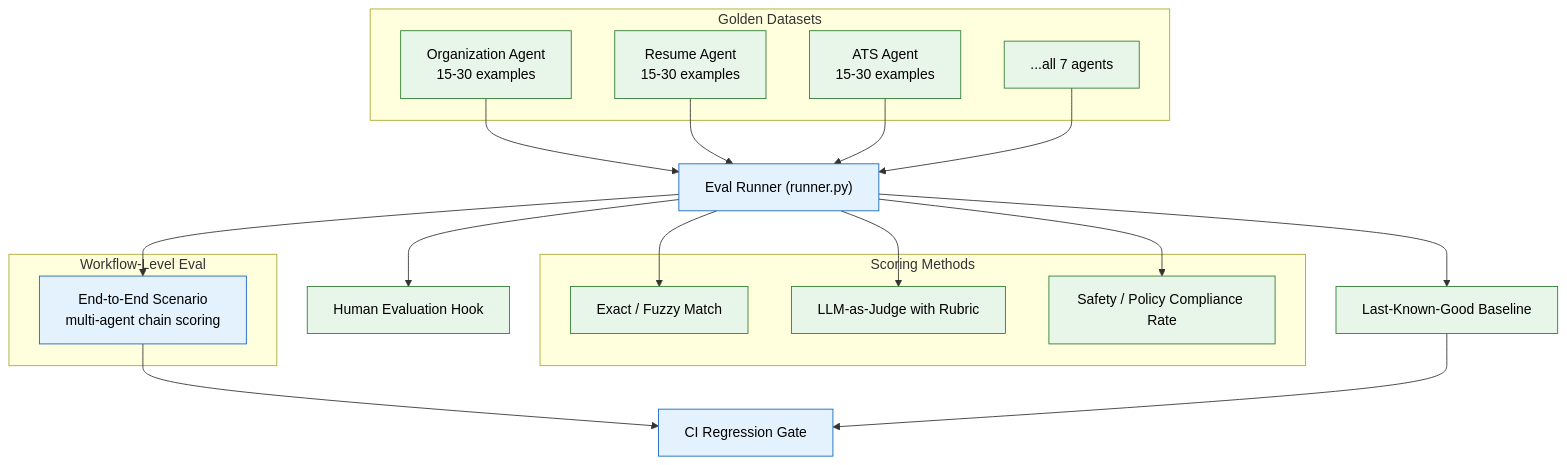
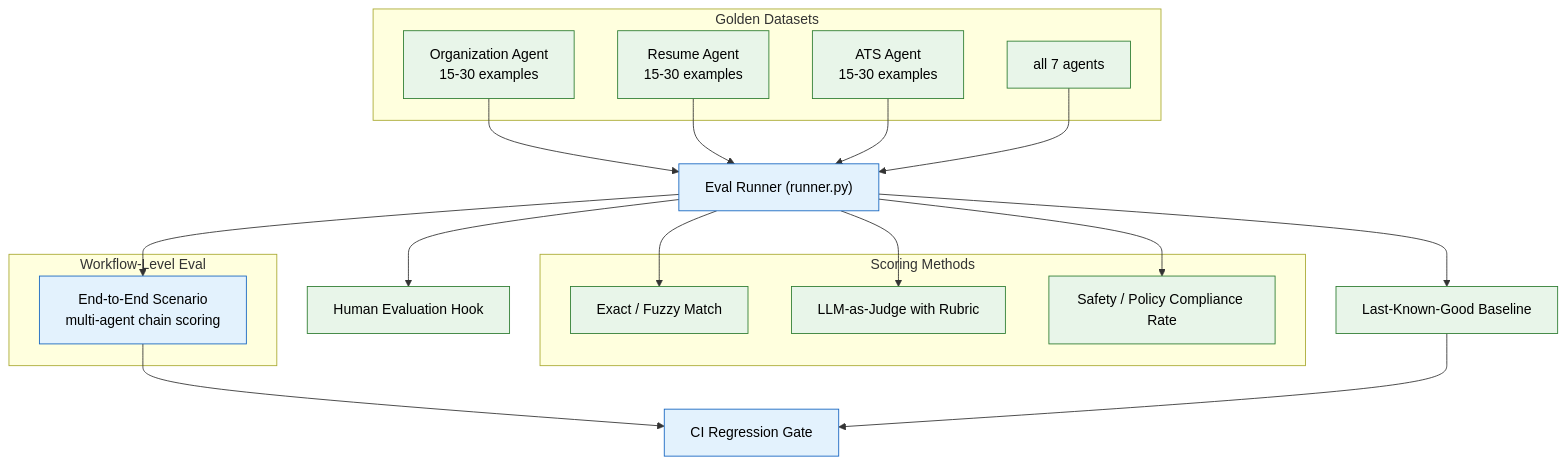
Before and after one commit to Driftloom/Vaeloom: the diagram in docs/engineering/Implementation/10-evaluation-framework.md, drawn with Mermaid. The commit also changed 694 other files, not shown here.

First line of the commit message:
docs: mermaid standardization — encoding/mermaid/duplicate cleanup

````diff
--- a/docs/engineering/Implementation/10-evaluation-framework.md
+++ b/docs/engineering/Implementation/10-evaluation-framework.md
@@ -24,41 +24,41 @@
 ```mermaid
 graph TD
-    classDef primary fill:#e3f2fd,stroke:#1565c0,color:#000
-    classDef secondary fill:#e8f5e9,stroke:#2e7d32,color:#000
+ classDef primary fill:#e3f2fd,stroke:#1565c0,color:#000
+ classDef secondary fill:#e8f5e9,stroke:#2e7d32,color:#000
 
-    subgraph Datasets["Golden Datasets"]
-        ORGDS["Organization Agent<br/>15-30 examples"]:::secondary
-        RADS["Resume Agent<br/>15-30 examples"]:::secondary
-        ATSDS["ATS Agent<br/>15-30 examples"]:::secondary
-        OTHERS["...all 7 agents"]:::secondary
-    end
+ subgraph Datasets["Golden Datasets"]
+ ORGDS["Organization Agent<br/>15-30 examples"]:::secondary
+ RADS["Resume Agent<br/>15-30 examples"]:::secondary
+ ATSDS["ATS Agent<br/>15-30 examples"]:::secondary
+ OTHERS["all 7 agents"]:::secondary
+ end
 
-    RUNNER["Eval Runner (runner.py)"]:::primary
+ RUNNER["Eval Runner (runner.py)"]:::primary
 
-    subgraph Scoring["Scoring Methods"]
-        EXACT["Exact / Fuzzy Match"]:::secondary
-        JUDGE["LLM-as-Judge with Rubric"]:::secondary
-        SAFETY["Safety / Policy Compliance Rate"]:::secondary
-    end
+ subgraph Scoring["Scoring Methods"]
+ EXACT["Exact / Fuzzy Match"]:::secondary
+ JUDGE["LLM-as-Judge with Rubric"]:::secondary
+ SAFETY["Safety / Policy Compliance Rate"]:::secondary
+ end
 
-    subgraph Workflow["Workflow-Level Eval"]
-        E2E["End-to-End Scenario<br/>multi-agent chain scoring"]:::primary
-    end
+ subgraph Workflow["Workflow-Level Eval"]
+ E2E["End-to-End Scenario<br/>multi-agent chain scoring"]:::primary
+ end
 
-    CI["CI Regression Gate"]:::primary
-    BASELINE["Last-Known-Good Baseline"]:::secondary
-    HUMAN["Human Evaluation Hook"]:::secondary
+ CI["CI Regression Gate"]:::primary
+ BASELINE["Last-Known-Good Baseline"]:::secondary
+ HUMAN["Human Evaluation Hook"]:::secondary
 
-    ORGDS --> RUNNER
-    RADS --> RUNNER
-    ATSDS --> RUNNER
-    OTHERS --> RUNNER
-    RUNNER --> EXACT
-    RUNNER --> JUDGE
-    RUNNER --> SAFETY
-    RUNNER --> E2E
-    E2E --> CI
-    RUNNER --> BASELINE
-    BASELINE --> CI
-    RUNNER --> HUMAN
+ ORGDS--> RUNNER
+ RADS--> RUNNER
+ ATSDS--> RUNNER
+ OTHERS--> RUNNER
+ RUNNER--> EXACT
+ RUNNER--> JUDGE
+ RUNNER--> SAFETY
+ RUNNER--> E2E
+ E2E--> CI
+ RUNNER--> BASELINE
+ BASELINE--> CI
+ RUNNER--> HUMAN
 ```
````
